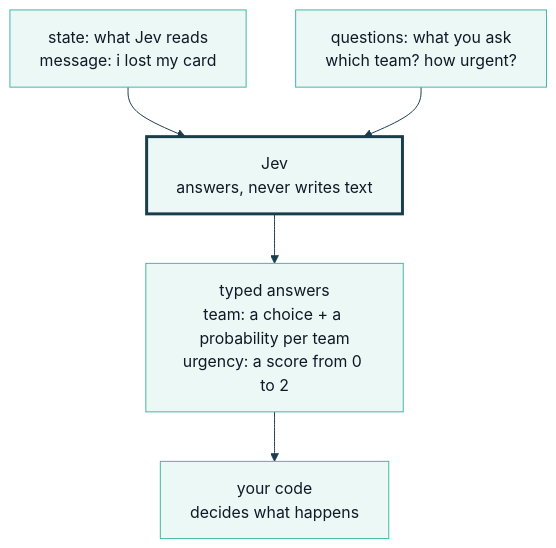
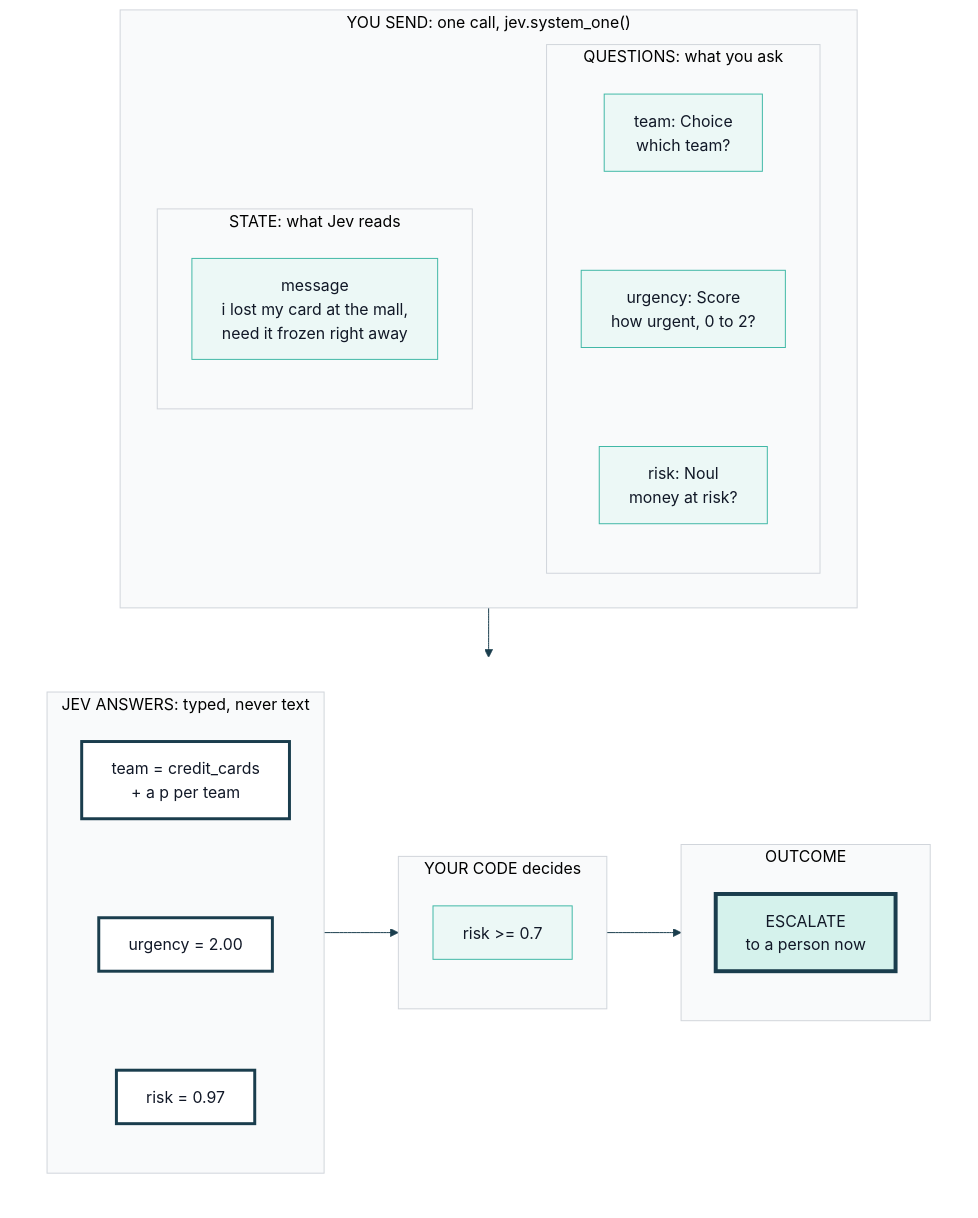
Before and after one commit to axel-sirota/getting_started_jev: the diagram in course/diagrams/module_01/what-is-jev.mmd, drawn with Mermaid. The commit also changed 75 other files, not shown here.

Commit message:
Modules 1 and 2: visual pass (figures redrawn to read-at-a-glance limits, demo charts, lab maps, prose cut)

```diff
--- a/course/diagrams/module_01/what-is-jev.mmd
+++ b/course/diagrams/module_01/what-is-jev.mmd
@@ -1,11 +1,43 @@
 %%{init: {"theme": "base", "themeVariables": {"fontFamily": "Inter, sans-serif", "primaryColor": "#ECF8F6", "primaryBorderColor": "#40B8A6", "primaryTextColor": "#111827", "lineColor": "#1A3D4D", "secondaryColor": "#F9FAFB", "tertiaryColor": "#FFFFFF", "clusterBkg": "#F9FAFB", "clusterBorder": "#D1D5DB", "actorBkg": "#ECF8F6", "actorBorder": "#40B8A6", "noteBkgColor": "#FFF6DA", "noteBorderColor": "#E0B84C"}}}%%
-flowchart TD
-  ST["state: what Jev reads<br/>message: i lost my card"]
-  Q["questions: what you ask<br/>which team? how urgent?"]
-  J["Jev<br/>answers, never writes text"]
-  A["typed answers<br/>team: a choice + a probability per team<br/>urgency: a score from 0 to 2"]
-  C["your code<br/>decides what happens"]
-  ST --> J
-  Q --> J
-  J --> A --> C
-  style J stroke:#1A3D4D,stroke-width:3px
+flowchart TB
+  subgraph INPUT["YOU SEND: one call, jev.system_one()"]
+    direction LR
+    subgraph STATE["STATE: what Jev reads"]
+      direction TB
+      S["message<br/>i lost my card at the mall,<br/>need it frozen right away"]
+    end
+    subgraph QUESTIONS["QUESTIONS: what you ask"]
+      direction TB
+      Q1["team: Choice<br/>which team?"]
+      Q2["urgency: Score<br/>how urgent, 0 to 2?"]
+      Q3["risk: Noul<br/>money at risk?"]
+      Q1 ~~~ Q2 ~~~ Q3
+    end
+    STATE ~~~ QUESTIONS
+  end
+  subgraph OUTPUT[" "]
+    direction LR
+    subgraph ANSWERS["JEV ANSWERS: typed, never text"]
+      direction TB
+      A1["team = credit_cards<br/>+ a p per team"]
+      A2["urgency = 2.00"]
+      A3["risk = 0.97"]
+      A1 ~~~ A2 ~~~ A3
+    end
+    subgraph CODE["YOUR CODE decides"]
+      direction TB
+      R["risk >= 0.7"]
+    end
+    subgraph OUTCOME["OUTCOME"]
+      direction TB
+      O["ESCALATE<br/>to a person now"]
+    end
+    ANSWERS --> CODE --> OUTCOME
+  end
+  INPUT --> OUTPUT
+
+  classDef jev fill:#FFFFFF,stroke:#1A3D4D,stroke-width:3px
+  classDef out fill:#D5F2EC,stroke:#1A3D4D,stroke-width:4px
+  class A1,A2,A3 jev
+  class O out
+  style OUTPUT fill:#FFFFFF,stroke:#FFFFFF
```
